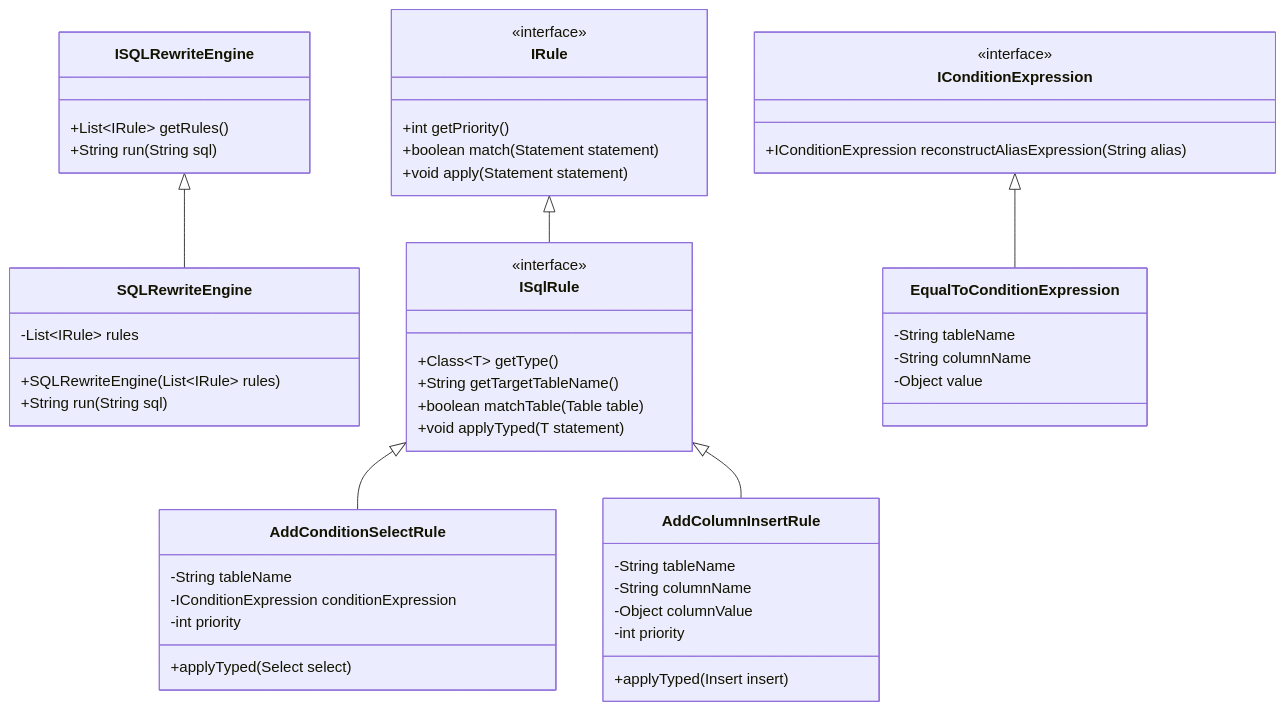
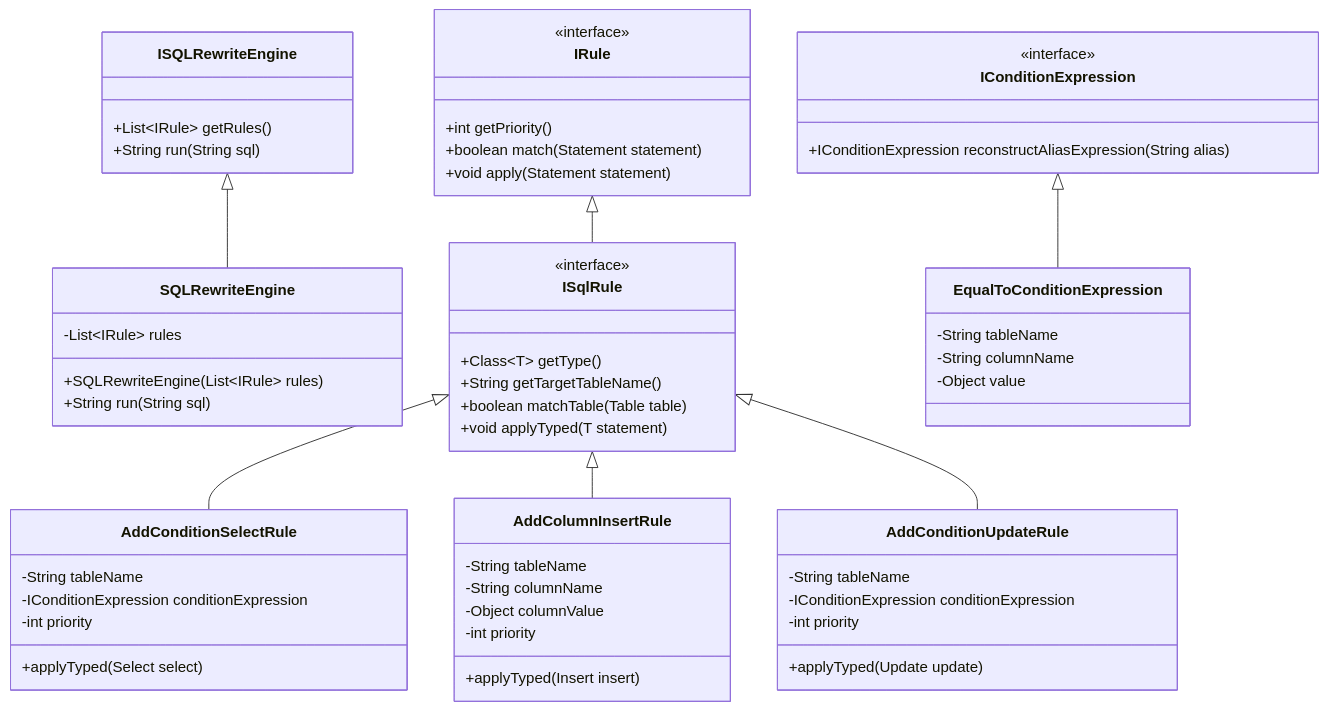
The second of 4 diagrams in sql-rewriter-core/README.md (anthem37/sql-rewriter), drawn with Mermaid before and after one commit. The commit also changed other lines of this file, not shown here.

````diff
--- a/sql-rewriter-core/README.md
+++ b/sql-rewriter-core/README.md
@@ -103,60 +103,68 @@
 ```mermaid
 classDiagram
     class ISQLRewriteEngine {
         +List~IRule~ getRules()
         +String run(String sql)
     }
 
     class SQLRewriteEngine {
         -List~IRule~ rules
         +SQLRewriteEngine(List~IRule~ rules)
         +String run(String sql)
     }
 
     class IRule {
         <<interface>>
         +int getPriority()
         +boolean match(Statement statement)
         +void apply(Statement statement)
     }
 
     class ISqlRule {
         <<interface>>
         +Class~T~ getType()
         +String getTargetTableName()
         +boolean matchTable(Table table)
         +void applyTyped(T statement)
     }
 
     class AddConditionSelectRule {
         -String tableName
         -IConditionExpression conditionExpression
         -int priority
         +applyTyped(Select select)
     }
 
     class AddColumnInsertRule {
         -String tableName
         -String columnName
         -Object columnValue
         -int priority
         +applyTyped(Insert insert)
     }
 
+    class AddConditionUpdateRule {
+        -String tableName
+        -IConditionExpression conditionExpression
+        -int priority
+        +applyTyped(Update update)
+    }
+
     class IConditionExpression {
         <<interface>>
         +IConditionExpression reconstructAliasExpression(String alias)
     }
 
     class EqualToConditionExpression {
         -String tableName
         -String columnName
         -Object value
     }
 
     ISQLRewriteEngine <|-- SQLRewriteEngine
     IRule <|-- ISqlRule
     ISqlRule <|-- AddConditionSelectRule
     ISqlRule <|-- AddColumnInsertRule
+    ISqlRule <|-- AddConditionUpdateRule
     IConditionExpression <|-- EqualToConditionExpression
 ```
````
